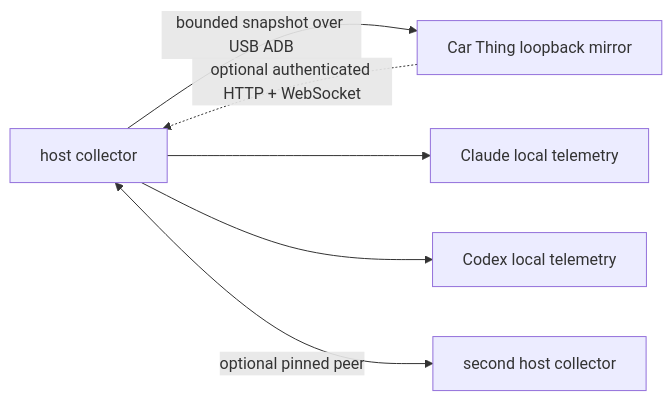
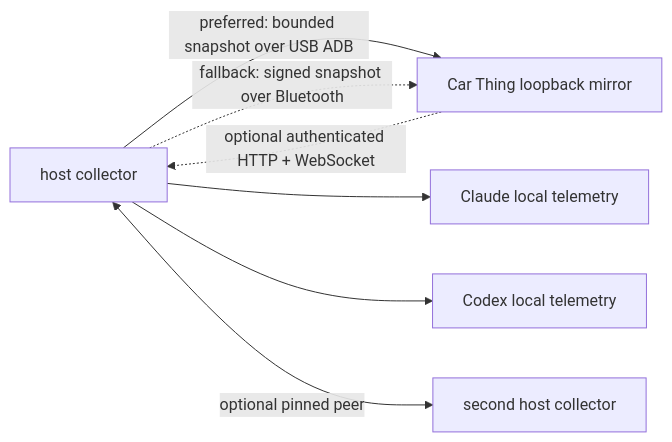
One commit to petehottelet/ClaudeThing changed the diagram in README.md. Above: the diagram before and after it, drawn with Mermaid. The commit also changed other lines of this file and 24 other files, not shown here.

Commit message:
Add authenticated Bluetooth data fallback

````diff
--- a/README.md
+++ b/README.md
@@ -102,8 +102,9 @@
 ```mermaid
 flowchart LR
-  C["host collector"] -->|"bounded snapshot over USB ADB"| D["Car Thing loopback mirror"]
+  C["host collector"] -->|"preferred: bounded snapshot over USB ADB"| D["Car Thing loopback mirror"]
+  C -.->|"fallback: signed snapshot over Bluetooth"| D
   D -.->|"optional authenticated HTTP + WebSocket"| C
   C --> A["Claude local telemetry"]
   C --> X["Codex local telemetry"]
   C <-->|"optional pinned peer"| P["second host collector"]
 ```
````
